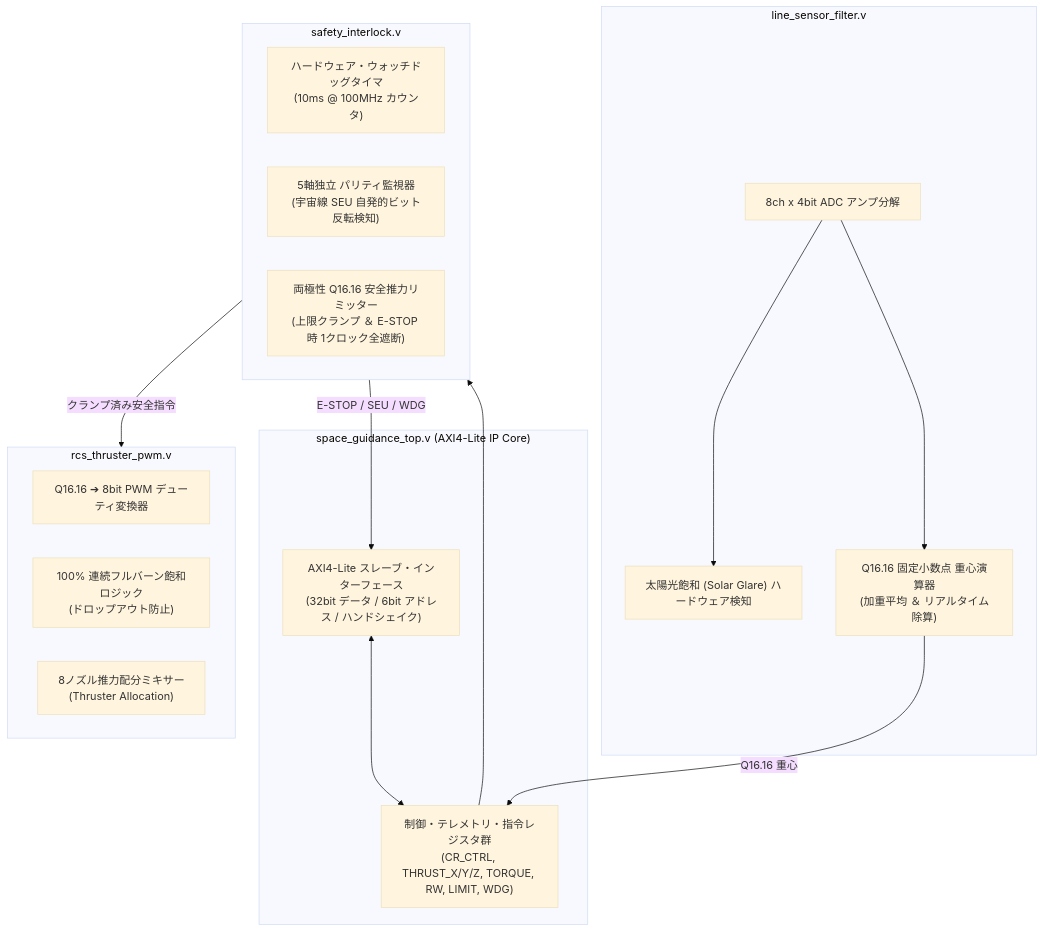
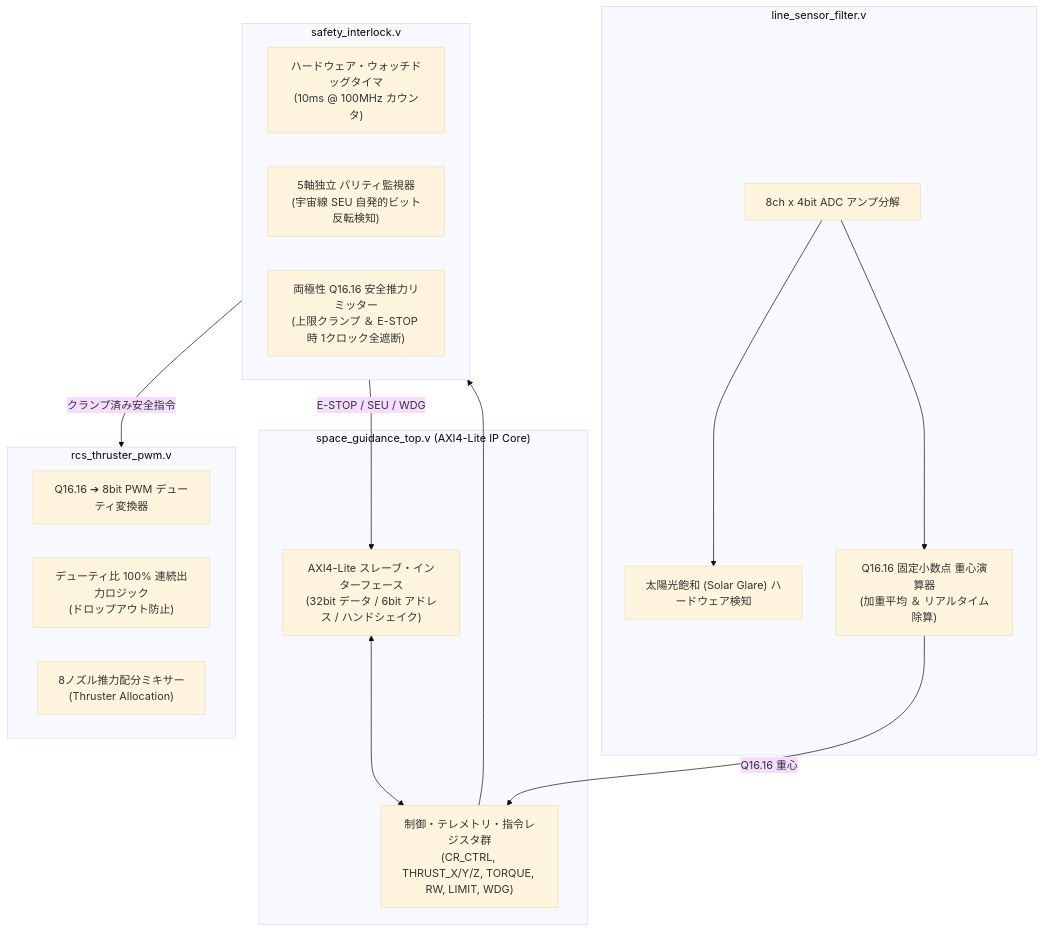
Before and after one commit to sirosiro/SpaceGuidance-FBB: the first of 2 diagrams in rtl/README.md, drawn with Mermaid (base theme). The commit also changed other lines of this file and 9 other files, not shown here.

````diff
--- a/rtl/README.md
+++ b/rtl/README.md
@@ -13,33 +13,33 @@
 ```mermaid
 graph TD
     subgraph AXI_CORE["space_guidance_top.v (AXI4-Lite IP Core)"]
         AXI_SLV["AXI4-Lite スレーブ・インターフェース<br/>(32bit データ / 6bit アドレス / ハンドシェイク)"]
         REGS["制御・テレメトリ・指令レジスタ群<br/>(CR_CTRL, THRUST_X/Y/Z, TORQUE, RW, LIMIT, WDG)"]
     end
 
     subgraph DSP_CORE["line_sensor_filter.v"]
         ADC_UNPACK["8ch x 4bit ADC アンプ分解"]
         GLARE_DET["太陽光飽和 (Solar Glare) ハードウェア検知"]
         CENTROID["Q16.16 固定小数点 重心演算器<br/>(加重平均 ＆ リアルタイム除算)"]
     end
 
     subgraph SAFETY_CORE["safety_interlock.v"]
         WDG["ハードウェア・ウォッチドッグタイマ<br/>(10ms @ 100MHz カウンタ)"]
         SEU["5軸独立 パリティ監視器<br/>(宇宙線 SEU 自発的ビット反転検知)"]
         CLAMP["両極性 Q16.16 安全推力リミッター<br/>(上限クランプ ＆ E-STOP 時 1クロック全遮断)"]
     end
 
     subgraph ACTUATOR_CORE["rcs_thruster_pwm.v"]
         Q16_DUTY["Q16.16 ➔ 8bit PWM デューティ変換器"]
-        FULL_BURN["100% 連続フルバーン飽和ロジック<br/>(ドロップアウト防止)"]
+        FULL_BURN["デューティ比 100% 連続出力ロジック<br/>(ドロップアウト防止)"]
         NOZZLE_MIX["8ノズル推力配分ミキサー<br/>(Thruster Allocation)"]
     end
 
     AXI_SLV <--> REGS
     ADC_UNPACK --> GLARE_DET
     ADC_UNPACK --> CENTROID
     CENTROID -->|Q16.16 重心| REGS
     REGS --> SAFETY_CORE
     SAFETY_CORE -->|クランプ済み安全指令| ACTUATOR_CORE
     SAFETY_CORE -->|E-STOP / SEU / WDG| AXI_SLV
 ```
````
